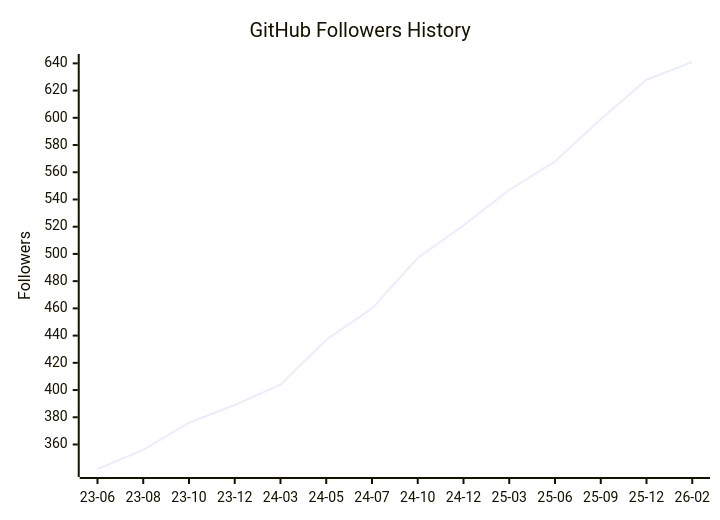
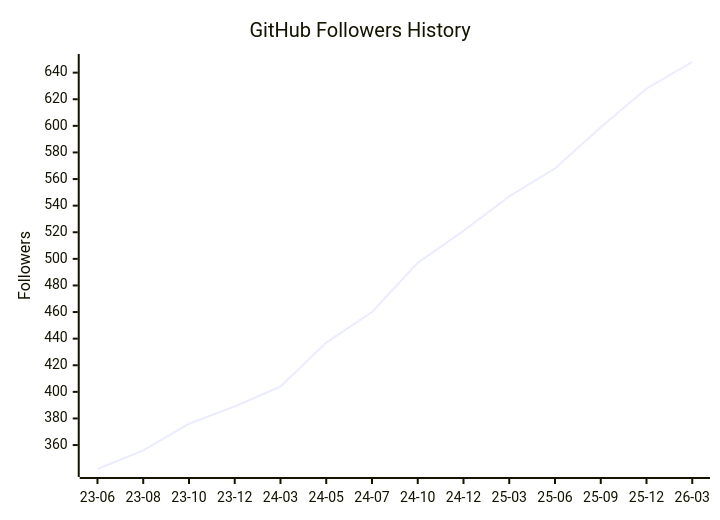
Before and after one commit to yutkat/yutkat: the diagram in README.md, drawn with Mermaid. The commit also changed 1 other file, not shown here.

Commit message:
generated

````diff
--- a/README.md
+++ b/README.md
@@ -199,7 +199,7 @@
 ```mermaid
 xychart-beta
   title "GitHub Followers History"
-  x-axis ["23-06","23-08","23-10","23-12","24-03","24-05","24-07","24-10","24-12","25-03","25-06","25-09","25-12","26-02"]
+  x-axis ["23-06","23-08","23-10","23-12","24-03","24-05","24-07","24-10","24-12","25-03","25-06","25-09","25-12","26-03"]
   y-axis "Followers"
-  line [342,356,376,389,404,437,460,497,521,547,568,599,628,641]
+  line [342,356,376,389,404,437,460,497,521,547,568,599,628,648]
 ```
````
